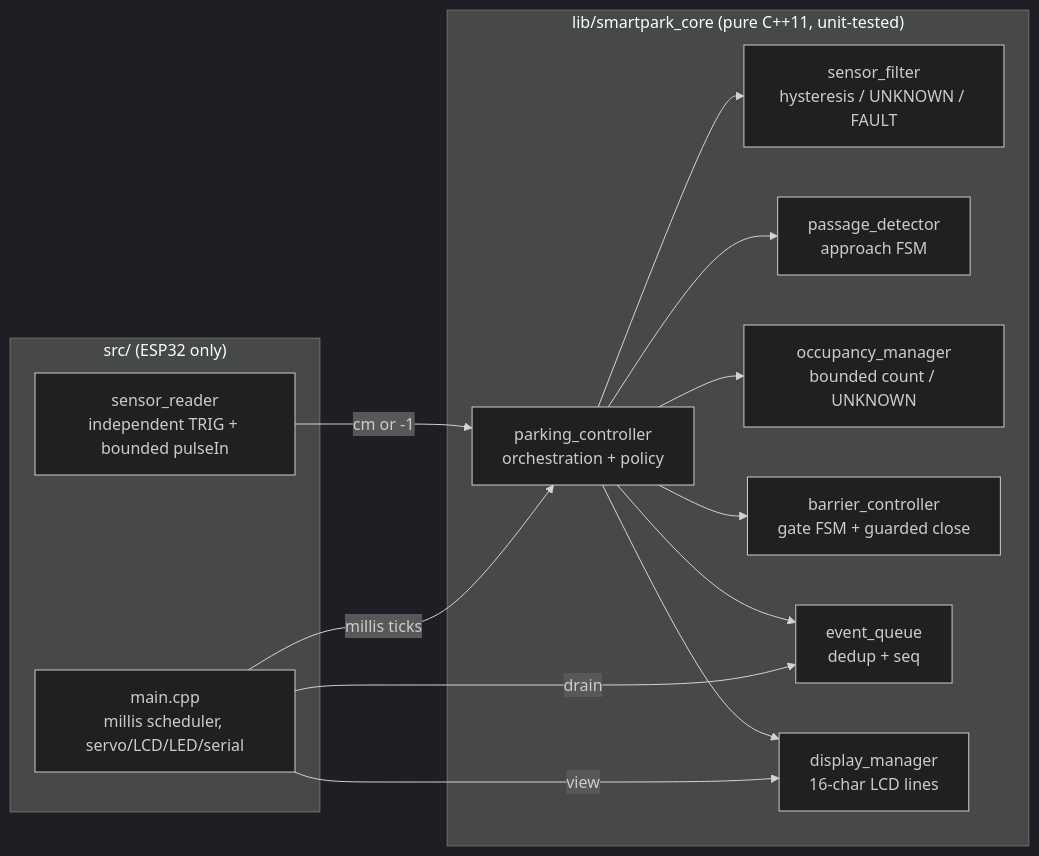
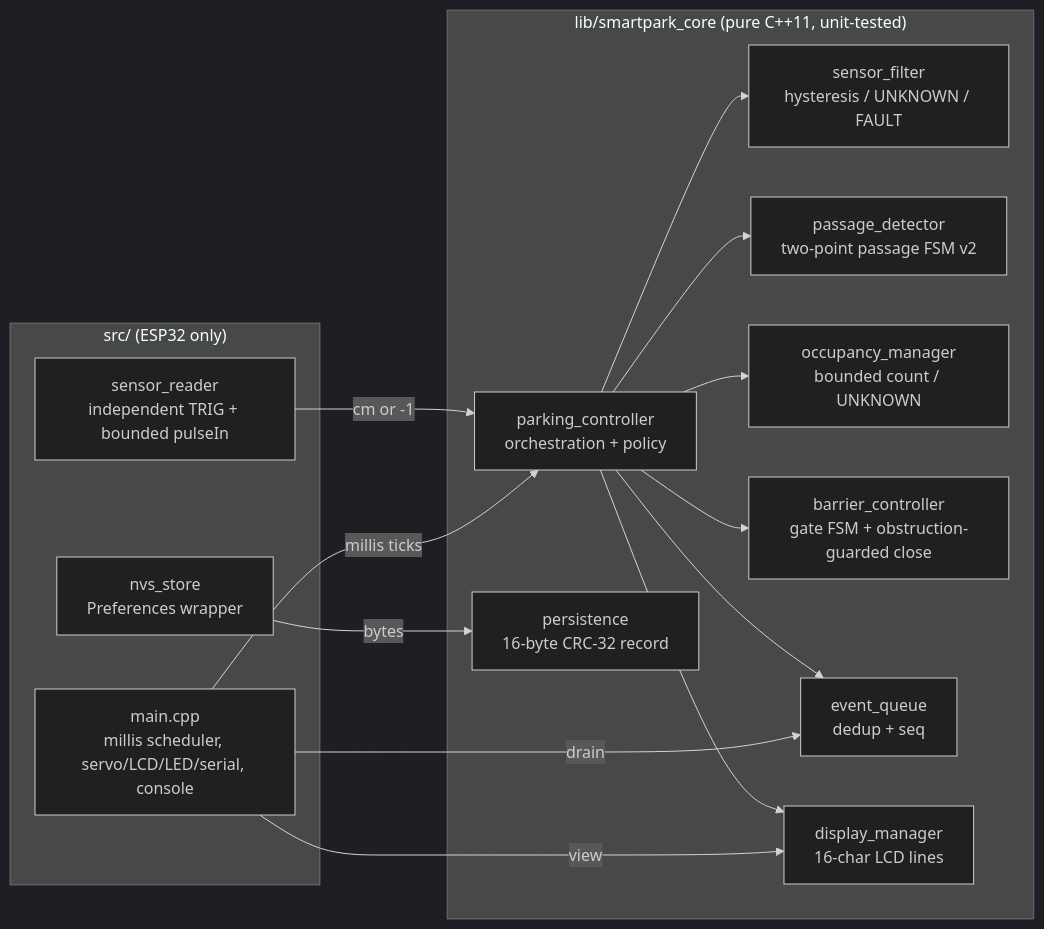
Before and after one commit to abderaoufsec/SmartPark-IoT: the second of 3 diagrams in docs/architecture/overview.md, drawn with Mermaid (dark theme). The commit also changed other lines of this file and 30 other files, not shown here.

````diff
--- a/docs/architecture/overview.md
+++ b/docs/architecture/overview.md
@@ -41,26 +41,29 @@
 ```mermaid
 flowchart LR
     subgraph HAL["src/ (ESP32 only)"]
       RD[sensor_reader<br/>independent TRIG + bounded pulseIn]
-      GL[main.cpp<br/>millis scheduler, servo/LCD/LED/serial]
+      NS[nvs_store<br/>Preferences wrapper]
+      GL[main.cpp<br/>millis scheduler, servo/LCD/LED/serial, console]
     end
     subgraph CORE["lib/smartpark_core (pure C++11, unit-tested)"]
       PC[parking_controller<br/>orchestration + policy]
       SF[sensor_filter<br/>hysteresis / UNKNOWN / FAULT]
-      PD[passage_detector<br/>approach FSM]
+      PD[passage_detector<br/>two-point passage FSM v2]
       OM[occupancy_manager<br/>bounded count / UNKNOWN]
-      BC[barrier_controller<br/>gate FSM + guarded close]
+      BC[barrier_controller<br/>gate FSM + obstruction-guarded close]
+      PS[persistence<br/>16-byte CRC-32 record]
       EQ[event_queue<br/>dedup + seq]
       DM[display_manager<br/>16-char LCD lines]
     end
     RD -->|cm or -1| PC
     GL -->|millis ticks| PC
     PC --> SF
     PC --> PD
     PC --> OM
     PC --> BC
     PC --> EQ
     PC --> DM
+    NS -->|bytes| PS
     GL -->|drain| EQ
     GL -->|view| DM
 ```
````
